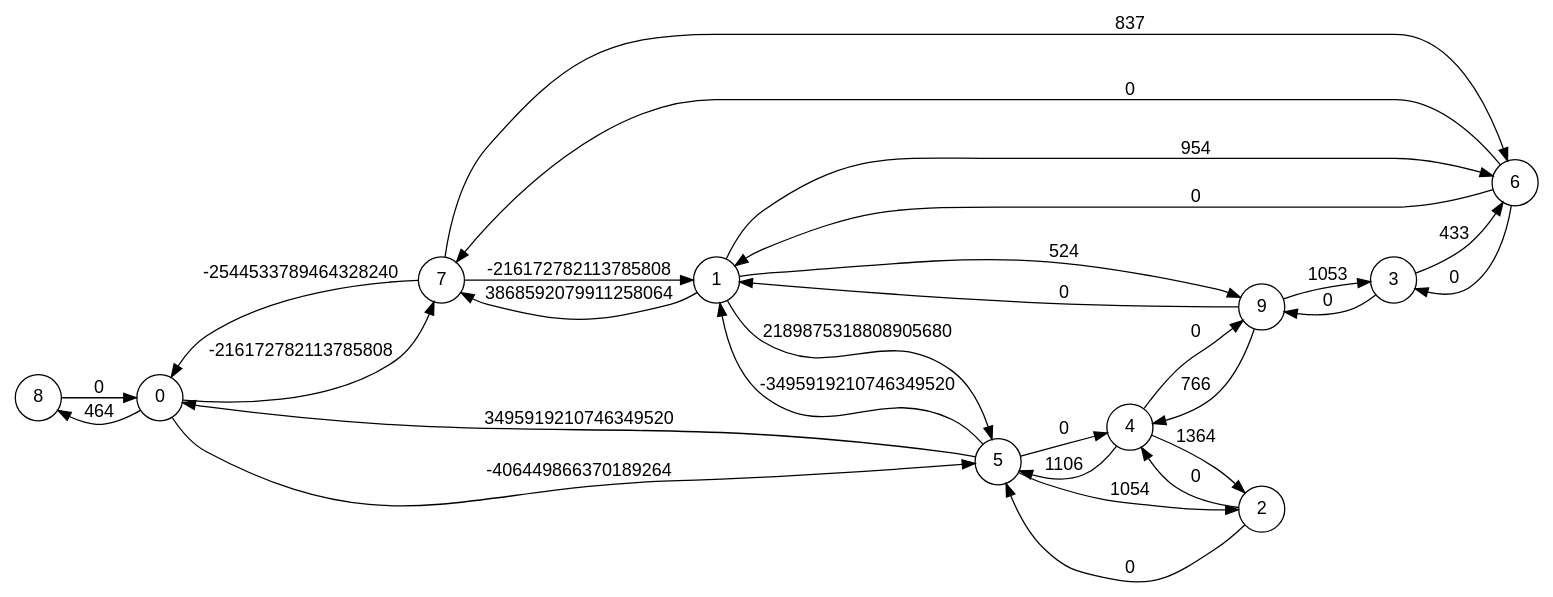
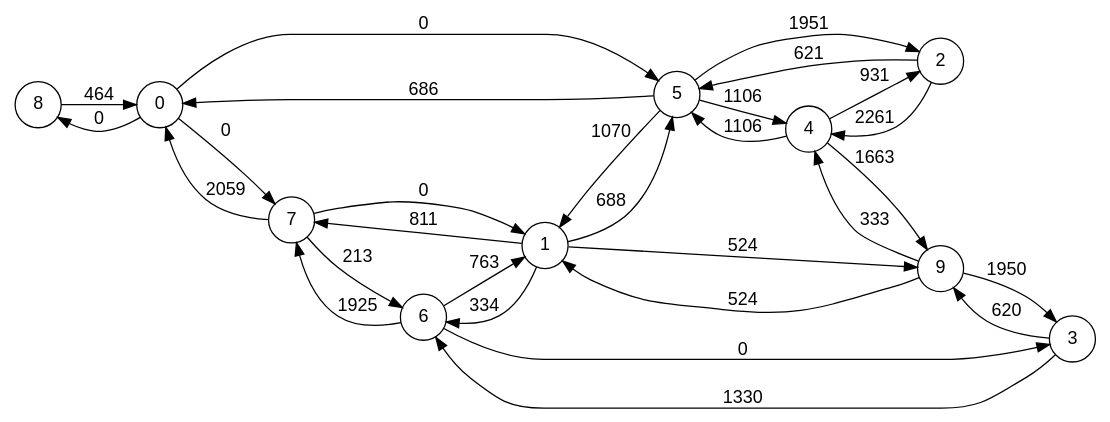
Before and after one commit to mateobwe/ocaml-maxflow-project: the diagram in ff1.dot, drawn with Graphviz. The commit also changed 9 other files, not shown here.

```diff
--- a/ff1.dot
+++ b/ff1.dot
@@ -1,35 +1,35 @@
 digraph finite_state_machine {
   fontname="Helvetica,Arial,sans-serif"
   node [fontname="Helvetica,Arial,sans-serif"]
   edge [fontname="Helvetica,Arial,sans-serif"]
   rankdir=LR;
   node [shape = circle];
-  8 -> 0 [ label = "0" ];
-  2 -> 5 [ label = "0" ];
-  2 -> 4 [ label = "0" ];
-  4 -> 2 [ label = "1364" ];
+  8 -> 0 [ label = "464" ];
+  2 -> 5 [ label = "621" ];
+  2 -> 4 [ label = "2261" ];
   4 -> 5 [ label = "1106" ];
-  4 -> 9 [ label = "0" ];
-  3 -> 6 [ label = "433" ];
-  3 -> 9 [ label = "0" ];
-  6 -> 7 [ label = "0" ];
+  4 -> 2 [ label = "931" ];
+  4 -> 9 [ label = "1663" ];
+  9 -> 1 [ label = "524" ];
+  9 -> 4 [ label = "333" ];
+  9 -> 3 [ label = "1950" ];
+  3 -> 9 [ label = "620" ];
+  3 -> 6 [ label = "1330" ];
+  0 -> 5 [ label = "0" ];
+  0 -> 8 [ label = "0" ];
+  0 -> 7 [ label = "0" ];
+  5 -> 4 [ label = "1106" ];
+  5 -> 0 [ label = "686" ];
+  5 -> 2 [ label = "1951" ];
+  5 -> 1 [ label = "1070" ];
+  1 -> 7 [ label = "811" ];
+  1 -> 9 [ label = "524" ];
+  1 -> 5 [ label = "688" ];
+  1 -> 6 [ label = "334" ];
   6 -> 3 [ label = "0" ];
-  6 -> 1 [ label = "0" ];
-  9 -> 4 [ label = "766" ];
-  9 -> 3 [ label = "1053" ];
-  9 -> 1 [ label = "0" ];
-  7 -> 6 [ label = "837" ];
-  7 -> 1 [ label = "-216172782113785808" ];
-  7 -> 0 [ label = "-2544533789464328240" ];
-  0 -> 8 [ label = "464" ];
-  0 -> 7 [ label = "-216172782113785808" ];
-  0 -> 5 [ label = "-406449866370189264" ];
-  1 -> 6 [ label = "954" ];
-  1 -> 9 [ label = "524" ];
-  1 -> 7 [ label = "3868592079911258064" ];
-  1 -> 5 [ label = "2189875318808905680" ];
-  5 -> 2 [ label = "1054" ];
-  5 -> 4 [ label = "0" ];
-  5 -> 1 [ label = "-3495919210746349520" ];
-  5 -> 0 [ label = "3495919210746349520" ];
+  6 -> 1 [ label = "763" ];
+  6 -> 7 [ label = "1925" ];
+  7 -> 1 [ label = "0" ];
+  7 -> 6 [ label = "213" ];
+  7 -> 0 [ label = "2059" ];
 }
```
